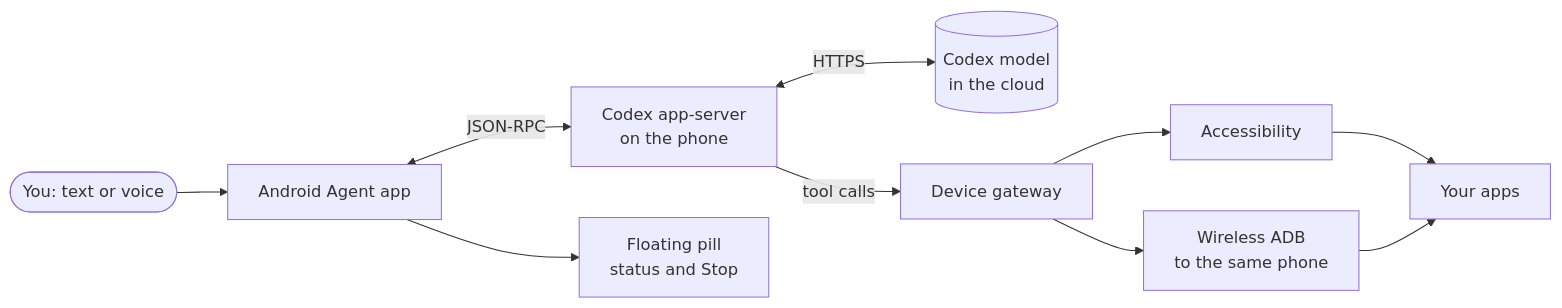
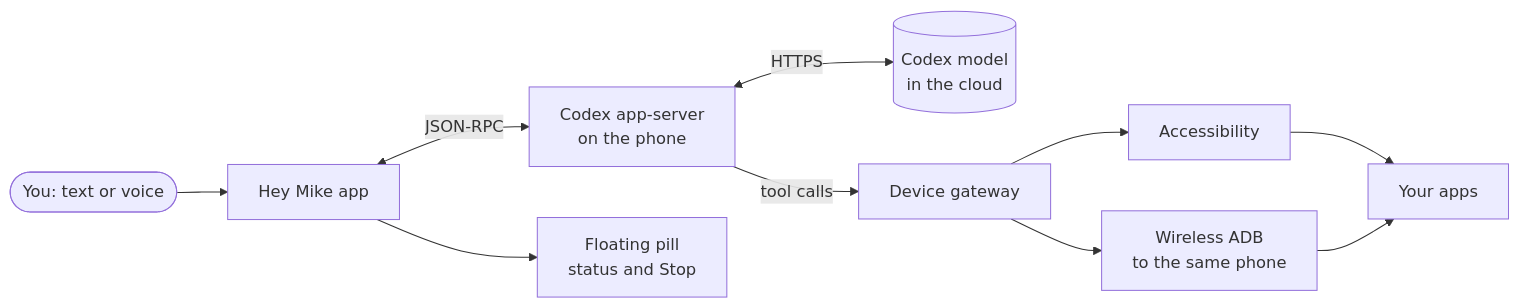
One commit to Yoni-Raich/android-agent-use changed the diagram in README.md. Above: the diagram before and after it, drawn with Mermaid. The commit also changed other lines of this file and 40 other files, not shown here.

First line of the commit message:
feat: rename the app to Hey Mike and give the agent its name, Mike

````diff
--- a/README.md
+++ b/README.md
@@ -154,12 +154,12 @@
 ```mermaid
 flowchart LR
-    You([You: text or voice]) --> App[Android Agent app]
+    You([You: text or voice]) --> App[Hey Mike app]
     App <-->|JSON-RPC| Codex[Codex app-server<br/>on the phone]
     Codex <-->|HTTPS| Model[(Codex model<br/>in the cloud)]
     Codex -->|tool calls| Gateway[Device gateway]
     Gateway --> A11y[Accessibility]
     Gateway --> ADB[Wireless ADB<br/>to the same phone]
     A11y --> Phone[Your apps]
     ADB --> Phone
     App --> Pill[Floating pill<br/>status and Stop]
 ```
````
